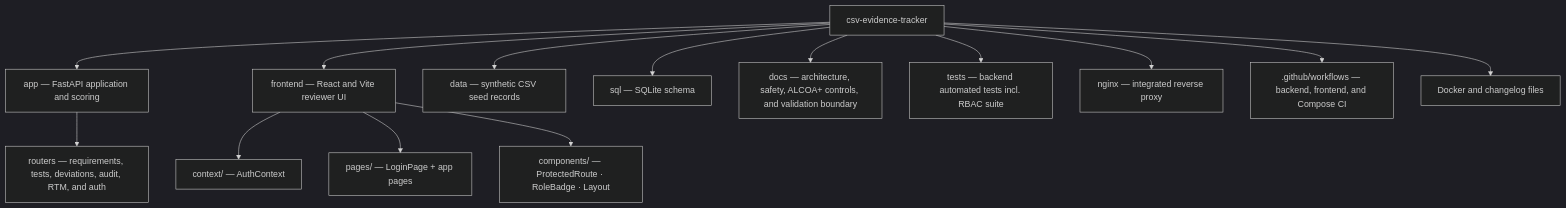
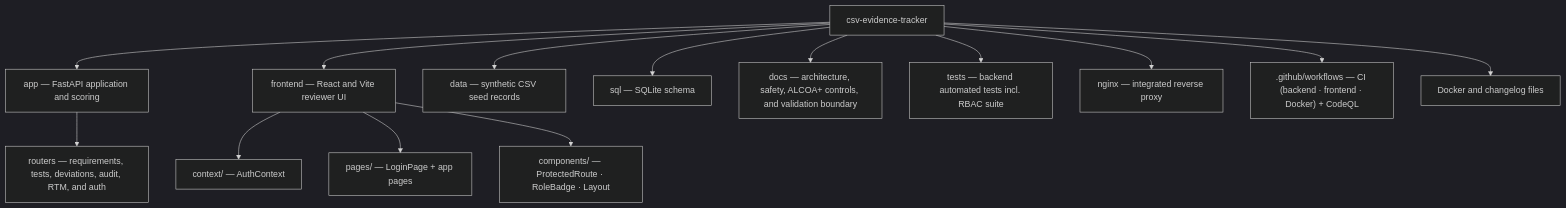
One commit to alianisreyesr/csv-evidence-tracker changed the third of 3 diagrams in README.md. Above: the diagram before and after it, drawn with Mermaid (dark theme). The commit also changed other lines of this file and 4 other files, not shown here.

````diff
--- a/README.md
+++ b/README.md
@@ -231,17 +250,17 @@
 ```mermaid
 flowchart TB
   R["csv-evidence-tracker"]
   R --> A["app — FastAPI application and scoring"]
   A --> AR["routers — requirements, tests, deviations, audit, RTM, and auth"]
   R --> F["frontend — React and Vite reviewer UI"]
   F --> FC["context/ — AuthContext"]
   F --> FP["pages/ — LoginPage + app pages"]
   F --> FM["components/ — ProtectedRoute · RoleBadge · Layout"]
   R --> D["data — synthetic CSV seed records"]
   R --> S["sql — SQLite schema"]
   R --> O["docs — architecture, safety, ALCOA+ controls, and validation boundary"]
   R --> T["tests — backend automated tests incl. RBAC suite"]
   R --> N["nginx — integrated reverse proxy"]
-  R --> G[".github/workflows — backend, frontend, and Compose CI"]
+  R --> G[".github/workflows — CI (backend · frontend · Docker) + CodeQL"]
   R --> P["Docker and changelog files"]
 ```
````
